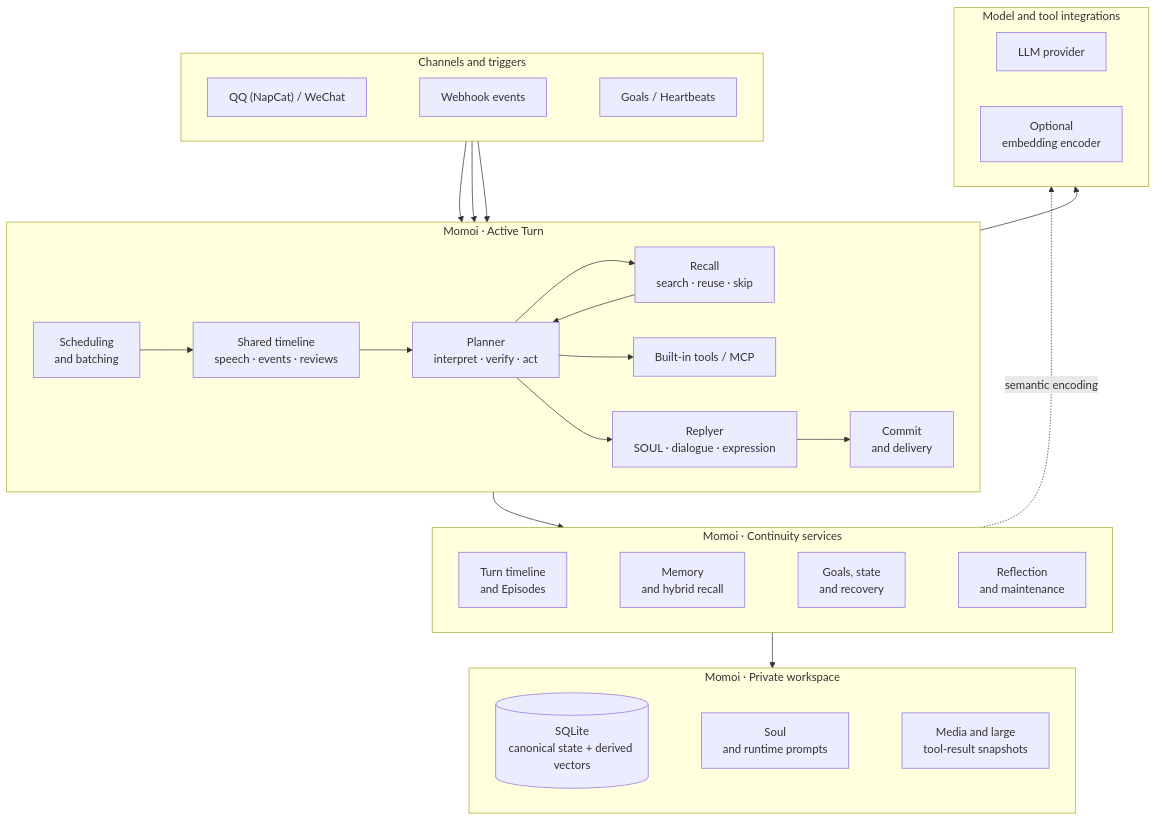
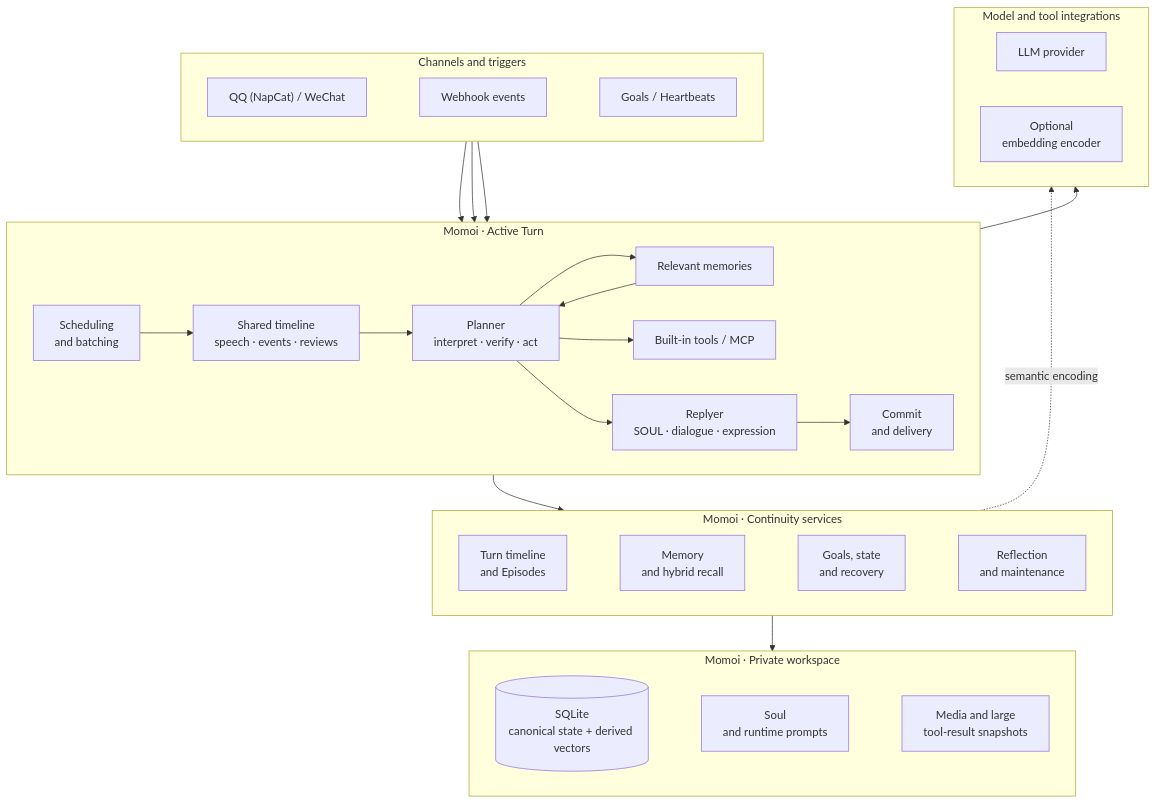
One commit to RicterZ/Momoi changed the diagram in README.md. Above: the diagram before and after it, drawn with Mermaid. The commit also changed other lines of this file and 1 other file, not shown here.

````diff
--- a/README.md
+++ b/README.md
@@ -53,57 +50,57 @@
 ```mermaid
 flowchart TB
   subgraph triggers["Channels and triggers"]
     direction LR
     chat["QQ (NapCat) / WeChat"]
     webhook["Webhook events"]
     clock["Goals / Heartbeats"]
     chat ~~~ webhook ~~~ clock
   end
 
   subgraph active["Momoi · Active Turn"]
     direction LR
     intake["Scheduling<br/>and batching"]
     transcript["Shared timeline<br/>speech · events · reviews"]
-    context["Recall<br/>search · reuse · skip"]
+    context["Relevant memories"]
     agent["Planner<br/>interpret · verify · act"]
     replyer["Replyer<br/>SOUL · dialogue · expression"]
     delivery["Commit<br/>and delivery"]
     intake --> transcript --> agent
     agent --> context --> agent
     agent --> tools
     agent --> replyer --> delivery
   end
 
   subgraph continuity["Momoi · Continuity services"]
     direction LR
     timeline["Turn timeline<br/>and Episodes"]
     memory["Memory<br/>and hybrid recall"]
     time["Goals, state<br/>and recovery"]
     upkeep["Reflection<br/>and maintenance"]
     timeline ~~~ memory ~~~ time ~~~ upkeep
   end
 
   subgraph workspace["Momoi · Private workspace"]
     direction LR
     sqlite[("SQLite<br/>canonical state + derived vectors")]
     prompts["Soul<br/>and runtime prompts"]
     files["Media and large<br/>tool-result snapshots"]
     sqlite ~~~ prompts ~~~ files
   end
 
   subgraph external["Model and tool integrations"]
     direction LR
     llm["LLM provider"]
     tools["Built-in tools / MCP"]
     embedding["Optional<br/>embedding encoder"]
     llm ~~~ tools ~~~ embedding
   end
 
   chat --> intake
   webhook --> intake
   clock --> intake
   active --> continuity
   continuity --> workspace
   active --> external
   continuity -. "semantic encoding" .-> external
 ```
````
